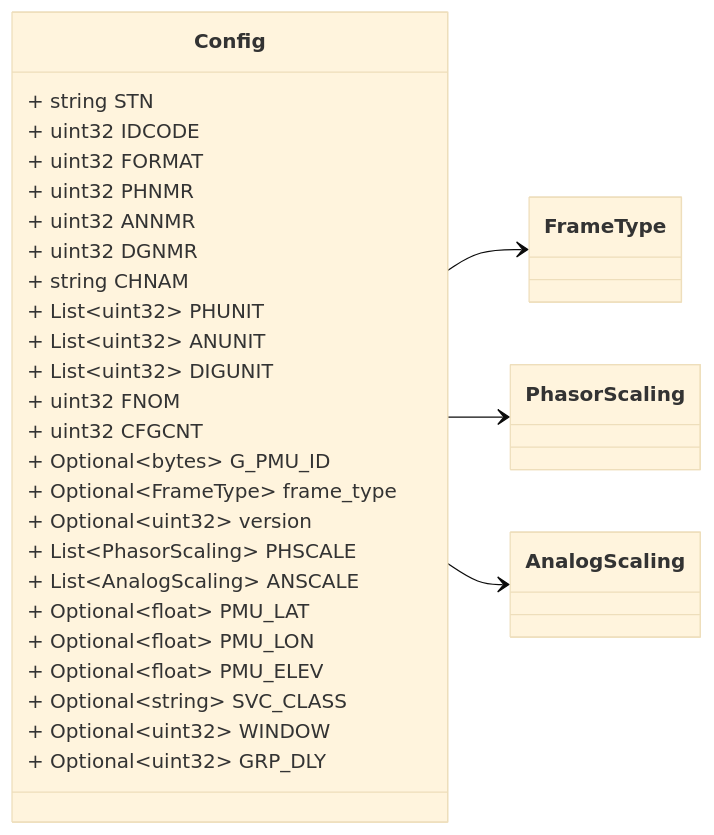
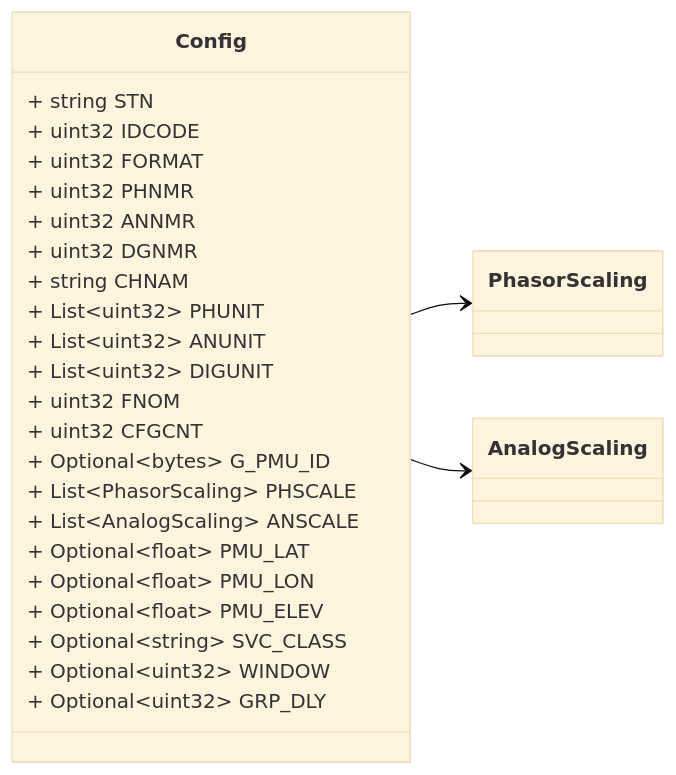
Before and after one commit to zaphiro-technologies/protobuf: the fourth of 6 diagrams in docs/conf.proto.md, drawn with Mermaid (base theme). The commit also changed other lines of this file and 9 other files, not shown here.

````diff
--- a/docs/conf.proto.md
+++ b/docs/conf.proto.md
@@ -108,36 +109,33 @@
 ```mermaid
 classDiagram
 direction LR
 
 %% Single PMU configuration according to Configuration frame 2 and 3
 
 class Config {
   + string STN
   + uint32 IDCODE
   + uint32 FORMAT
   + uint32 PHNMR
   + uint32 ANNMR
   + uint32 DGNMR
   + string CHNAM
   + List~uint32~ PHUNIT
   + List~uint32~ ANUNIT
   + List~uint32~ DIGUNIT
   + uint32 FNOM
   + uint32 CFGCNT
   + Optional~bytes~ G_PMU_ID
-  + Optional~FrameType~ frame_type
-  + Optional~uint32~ version
   + List~PhasorScaling~ PHSCALE
   + List~AnalogScaling~ ANSCALE
   + Optional~float~ PMU_LAT
   + Optional~float~ PMU_LON
   + Optional~float~ PMU_ELEV
   + Optional~string~ SVC_CLASS
   + Optional~uint32~ WINDOW
   + Optional~uint32~ GRP_DLY
 }
-Config --> `FrameType`
 Config --> `PhasorScaling`
 Config --> `AnalogScaling`
 
 ```
````
